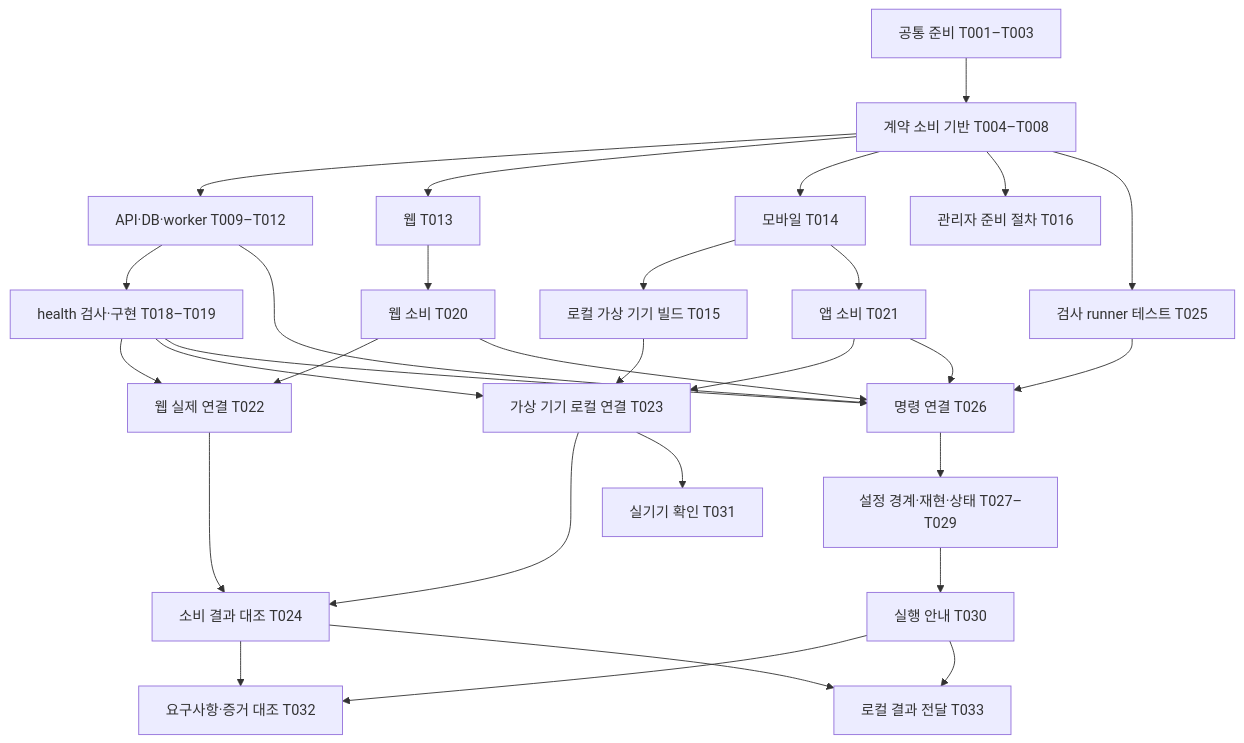
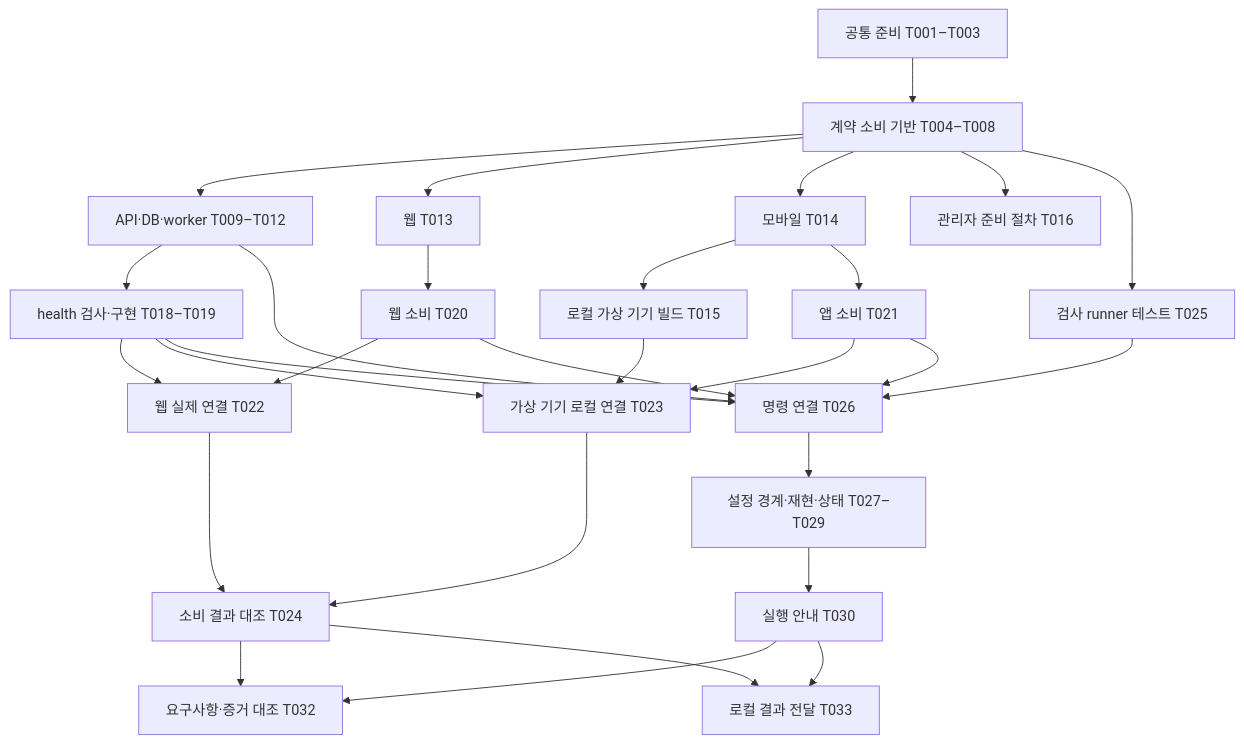
The diagram in specs/001-development-foundation/tasks.md (C-H-OLD/Holdlog), drawn with Mermaid before and after one commit. The commit also changed other lines of this file and 9 other files, not shown here.

````diff
--- a/specs/001-development-foundation/tasks.md
+++ b/specs/001-development-foundation/tasks.md
@@ -89,32 +88,31 @@
 ```mermaid
 flowchart TD
   A[공통 준비 T001–T003] --> B[계약 소비 기반 T004–T008]
   B --> C[API·DB·worker T009–T012]
   B --> D[웹 T013]
   B --> E[모바일 T014]
   B --> F[관리자 준비 절차 T016]
   E --> G[로컬 가상 기기 빌드 T015]
   C --> H[health 검사·구현 T018–T019]
   D --> I[웹 소비 T020]
   E --> J[앱 소비 T021]
   H --> K[웹 실제 연결 T022]
   I --> K
   H --> L[가상 기기 로컬 연결 T023]
   J --> L
   G --> L
   K --> M[소비 결과 대조 T024]
   L --> M
   B --> N[검사 runner 테스트 T025]
   C --> O[명령 연결 T026]
   I --> O
   J --> O
   H --> O
   N --> O
   O --> P[설정 경계·재현·상태 T027–T029]
   P --> Q[실행 안내 T030]
-  L --> U[실기기 확인 T031]
   M --> R[요구사항·증거 대조 T032]
   Q --> R
   M --> S[로컬 결과 전달 T033]
   Q --> S
 ```
````
